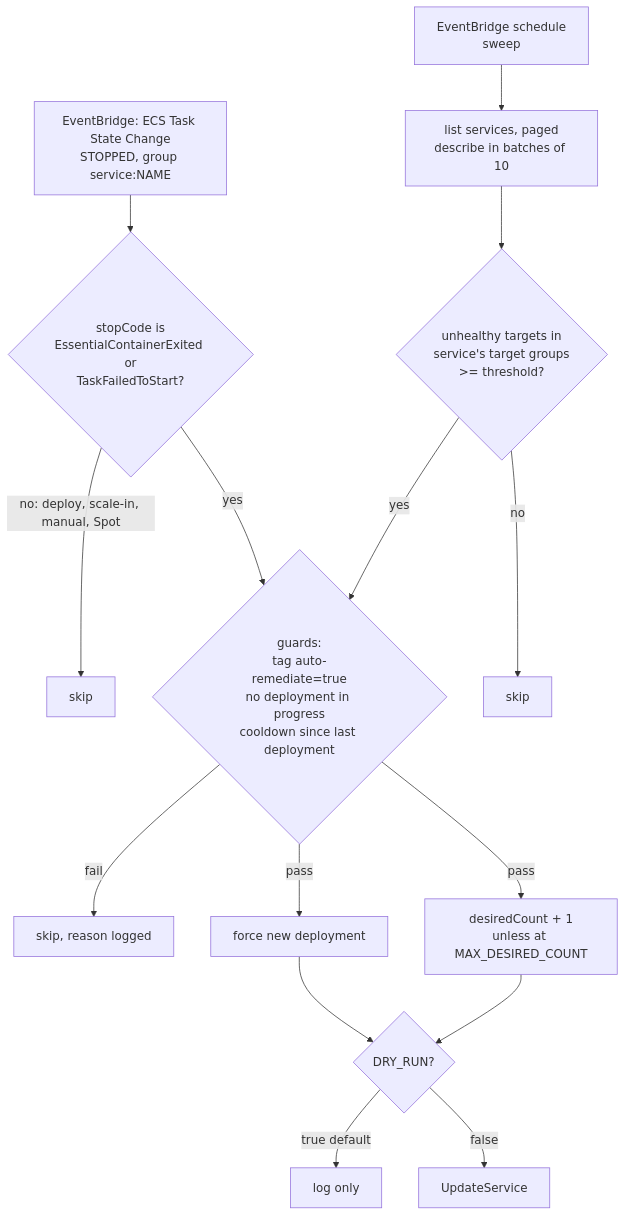
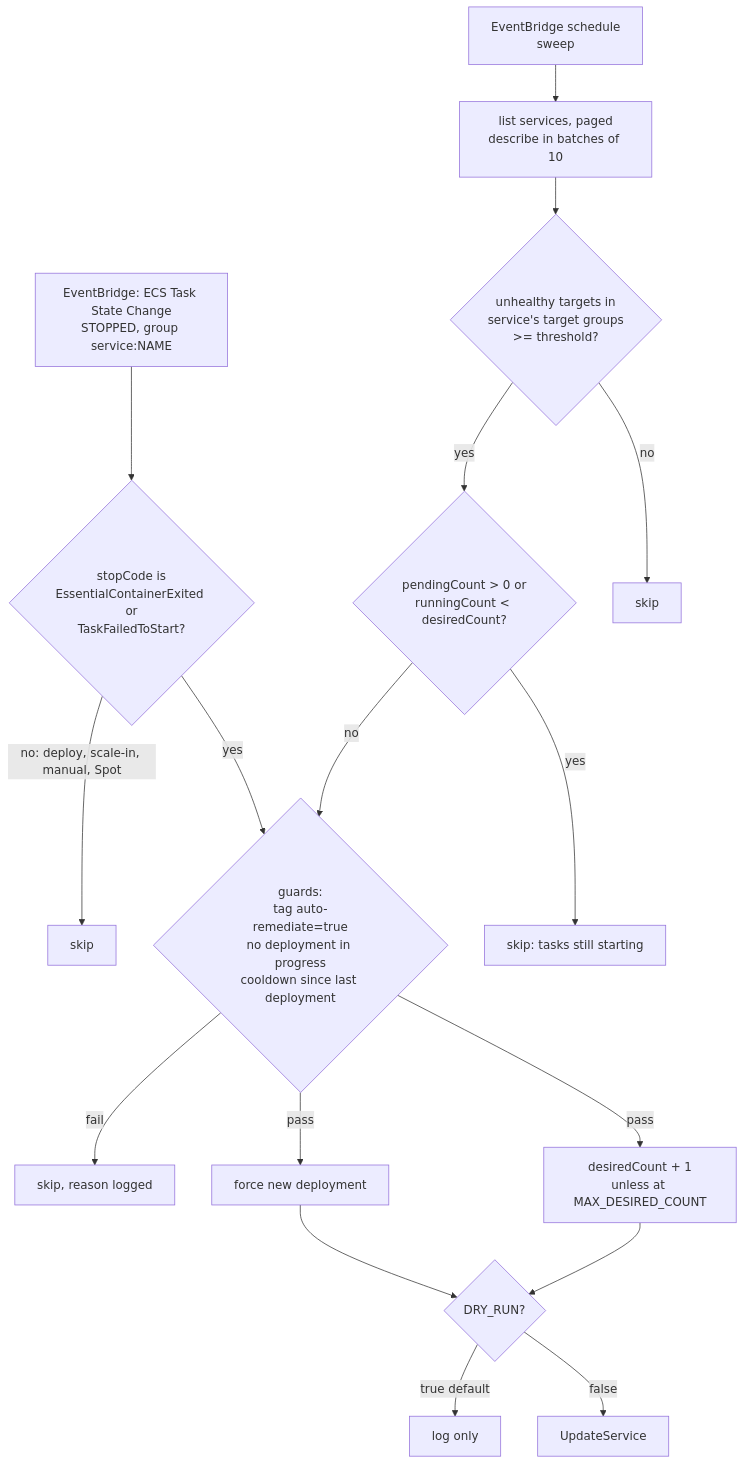
One commit to zeinhaidara/45-lambda-ecs-autoremediation changed the diagram in README.md. Above: the diagram before and after it, drawn with Mermaid. The commit also changed other lines of this file, not shown here.

````diff
--- a/README.md
+++ b/README.md
@@ -28,17 +28,19 @@
 ```mermaid
 flowchart TD
     E1[EventBridge: ECS Task State Change<br/>STOPPED, group service:NAME] --> C{stopCode is<br/>EssentialContainerExited or<br/>TaskFailedToStart?}
     C -- no: deploy, scale-in, manual, Spot --> SK1[skip]
     C -- yes --> G
     E2[EventBridge schedule<br/>sweep] --> L[list services, paged<br/>describe in batches of 10]
     L --> H{unhealthy targets in<br/>service's target groups<br/>>= threshold?}
+    H -- yes --> T{pendingCount > 0 or<br/>runningCount < desiredCount?}
+    T -- yes --> SK4[skip: tasks still starting]
     H -- no --> SK2[skip]
-    H -- yes --> G
+    T -- no --> G
     G{guards:<br/>tag auto-remediate=true<br/>no deployment in progress<br/>cooldown since last deployment} -- fail --> SK3[skip, reason logged]
     G -- pass --> A1[force new deployment]
     G -- pass --> A2[desiredCount + 1<br/>unless at MAX_DESIRED_COUNT]
     A1 --> D{DRY_RUN?}
     A2 --> D
     D -- true default --> LOG[log only]
     D -- false --> U[UpdateService]
 ```
````
